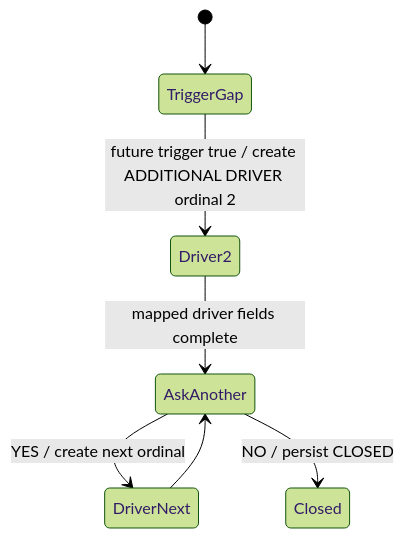
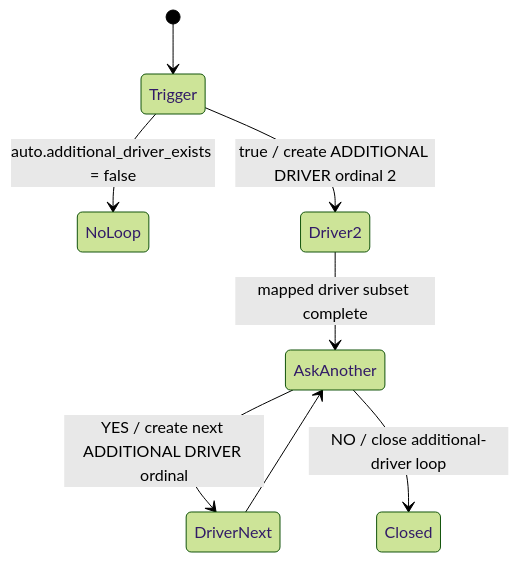
One commit to MedFirasBenAmor/NOVA changed the third of 3 diagrams in docs/recovery/r4-repeatable-entity-lifecycle.md. Above: the diagram before and after it, drawn with Mermaid (forest theme). The commit also changed other lines of this file and 7 other files, not shown here.

````diff
--- a/docs/recovery/r4-repeatable-entity-lifecycle.md
+++ b/docs/recovery/r4-repeatable-entity-lifecycle.md
@@ -88,9 +82,10 @@
 ```mermaid
 stateDiagram-v2
-  [*] --> TriggerGap
-  TriggerGap --> Driver2: future trigger true / create ADDITIONAL DRIVER ordinal 2
-  Driver2 --> AskAnother: mapped driver fields complete
-  AskAnother --> DriverNext: YES / create next ordinal
+  [*] --> Trigger
+  Trigger --> NoLoop: auto.additional_driver_exists = false
+  Trigger --> Driver2: true / create ADDITIONAL DRIVER ordinal 2
+  Driver2 --> AskAnother: mapped driver subset complete
+  AskAnother --> DriverNext: YES / create next ADDITIONAL DRIVER ordinal
   DriverNext --> AskAnother
-  AskAnother --> Closed: NO / persist CLOSED
+  AskAnother --> Closed: NO / close additional-driver loop
 ```
````
